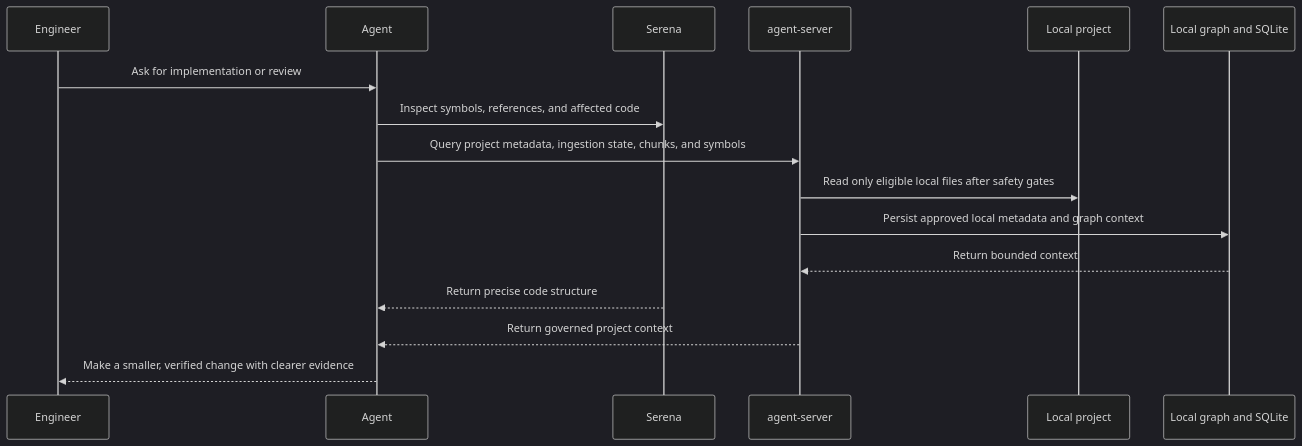
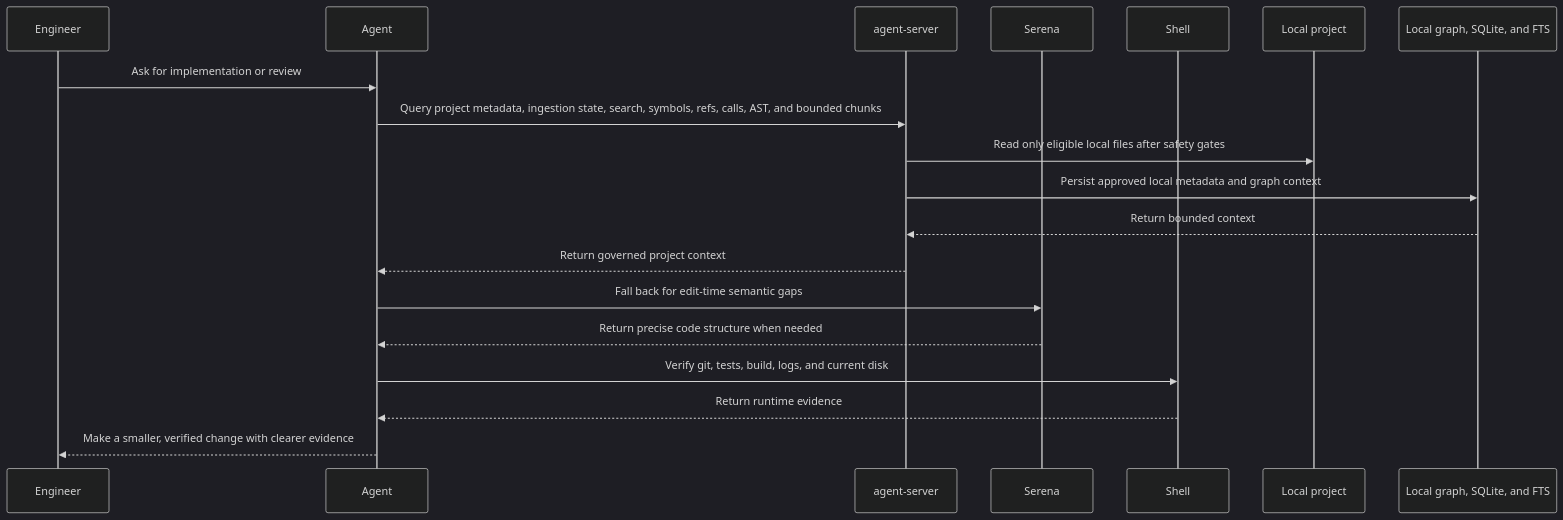
One commit to MiviaLabs/go-mivia changed the fourth of 4 diagrams in README.md. Above: the diagram before and after it, drawn with Mermaid (dark theme). The commit also changed other lines of this file and 8 other files, not shown here.

````diff
--- a/README.md
+++ b/README.md
@@ -161,19 +170,22 @@
 ```mermaid
 sequenceDiagram
   participant Engineer
   participant Agent
+  participant Server as agent-server
   participant Serena
-  participant Server as agent-server
+  participant Shell
   participant Project as Local project
-  participant Store as Local graph and SQLite
+  participant Store as Local graph, SQLite, and FTS
 
   Engineer->>Agent: Ask for implementation or review
-  Agent->>Serena: Inspect symbols, references, and affected code
-  Agent->>Server: Query project metadata, ingestion state, chunks, and symbols
+  Agent->>Server: Query project metadata, ingestion state, search, symbols, refs, calls, AST, and bounded chunks
   Server->>Project: Read only eligible local files after safety gates
   Server->>Store: Persist approved local metadata and graph context
   Store-->>Server: Return bounded context
-  Serena-->>Agent: Return precise code structure
   Server-->>Agent: Return governed project context
+  Agent->>Serena: Fall back for edit-time semantic gaps
+  Serena-->>Agent: Return precise code structure when needed
+  Agent->>Shell: Verify git, tests, build, logs, and current disk
+  Shell-->>Agent: Return runtime evidence
   Agent-->>Engineer: Make a smaller, verified change with clearer evidence
 ```
````
